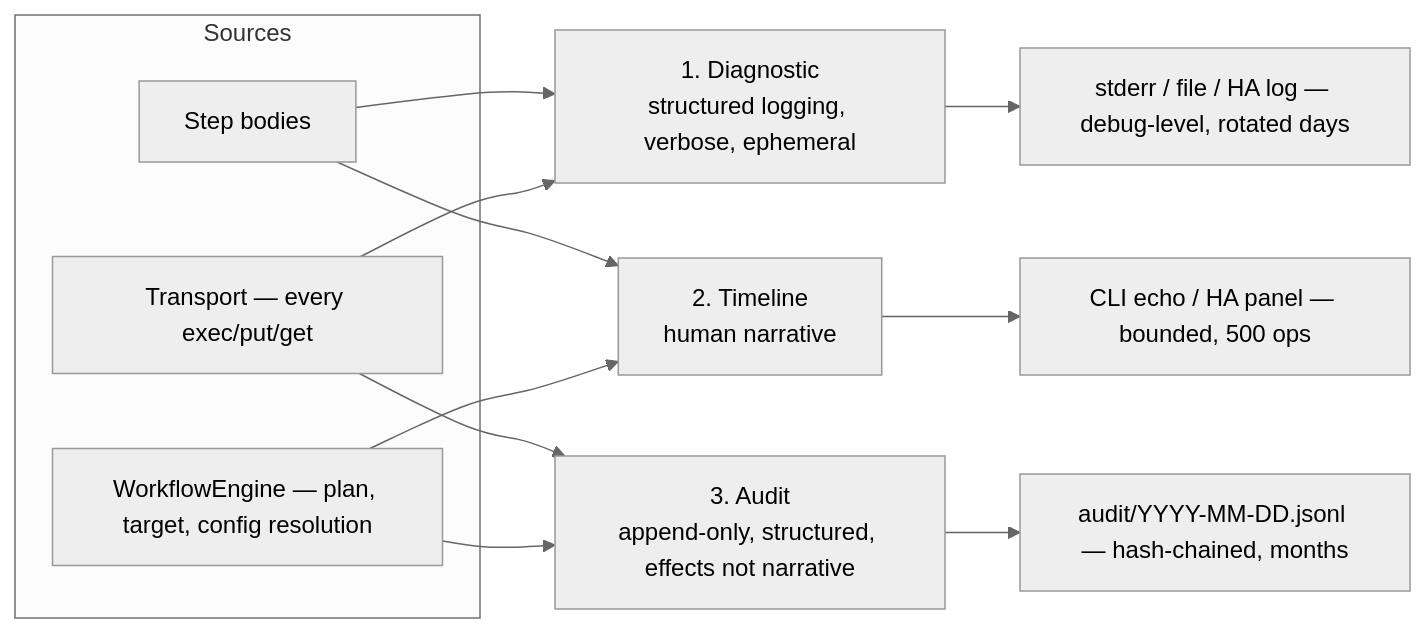
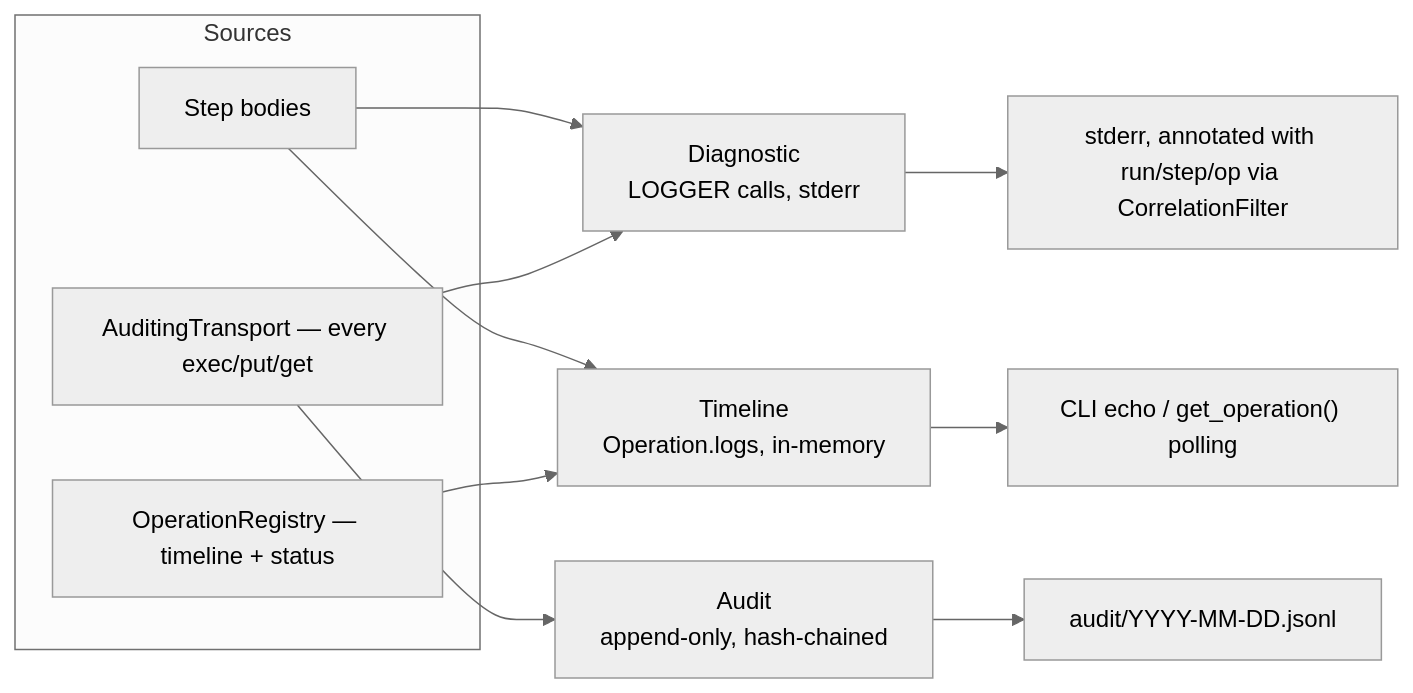
The first of 3 diagrams in docs/observability.md (salvuswarez/fleetctl), drawn with Mermaid (neutral theme) before and after one commit. The commit also changed other lines of this file and 17 other files, not shown here.

````diff
--- a/docs/observability.md
+++ b/docs/observability.md
@@ -16,20 +18,20 @@
 ```mermaid
 flowchart LR
     subgraph src["Sources"]
         ST["Step bodies"]
-        TR["Transport — every exec/put/get"]
-        EN["WorkflowEngine — plan, target, config resolution"]
+        TR["AuditingTransport — every exec/put/get"]
+        EN["OperationRegistry — timeline + status"]
     end
 
     ST --> D & O
     TR --> D & A
-    EN --> O & A
+    EN --> O
 
-    D["1. Diagnostic<br/>structured logging, verbose, ephemeral"]
-    O["2. Timeline<br/>human narrative"]
-    A["3. Audit<br/>append-only, structured, effects not narrative"]
+    D["Diagnostic<br/>LOGGER calls, stderr"]
+    O["Timeline<br/>Operation.logs, in-memory"]
+    A["Audit<br/>append-only, hash-chained"]
 
-    D --> DC["stderr / file / HA log — debug-level, rotated days"]
-    O --> OC["CLI echo / HA panel — bounded, 500 ops"]
-    A --> AC["audit/YYYY-MM-DD.jsonl — hash-chained, months"]
+    D --> DC["stderr, annotated with run/step/op via CorrelationFilter"]
+    O --> OC["CLI echo / get_operation() polling"]
+    A --> AC["audit/YYYY-MM-DD.jsonl"]
 ```
````
